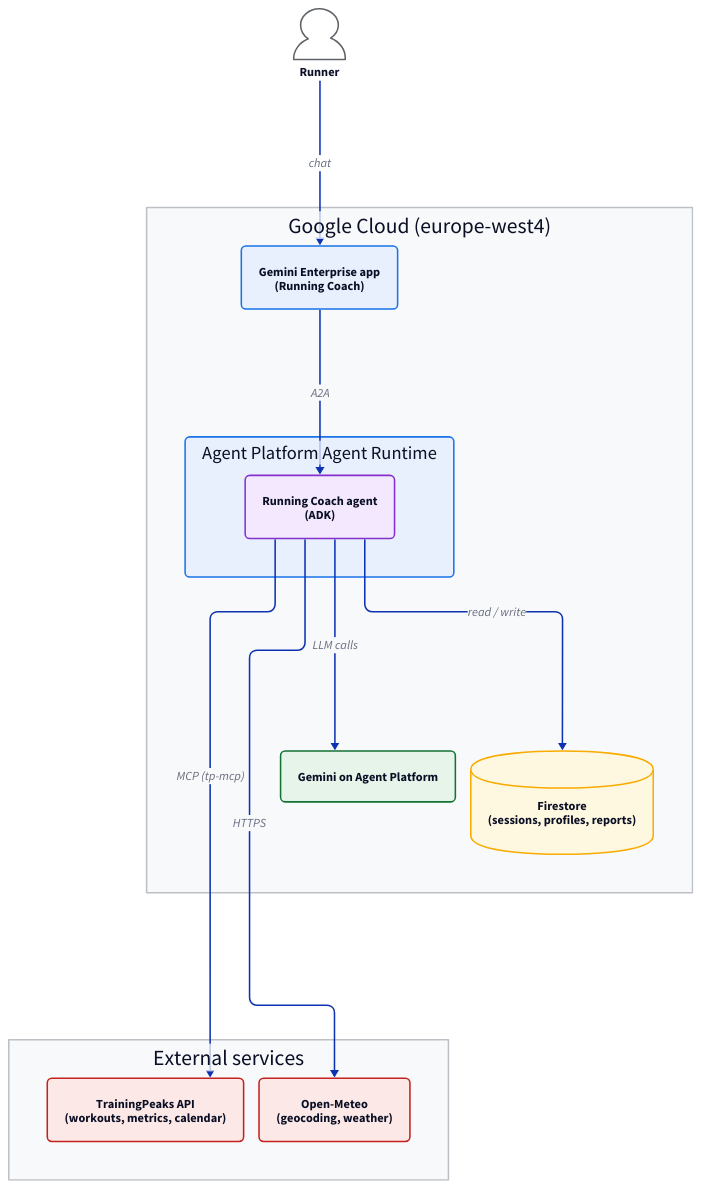
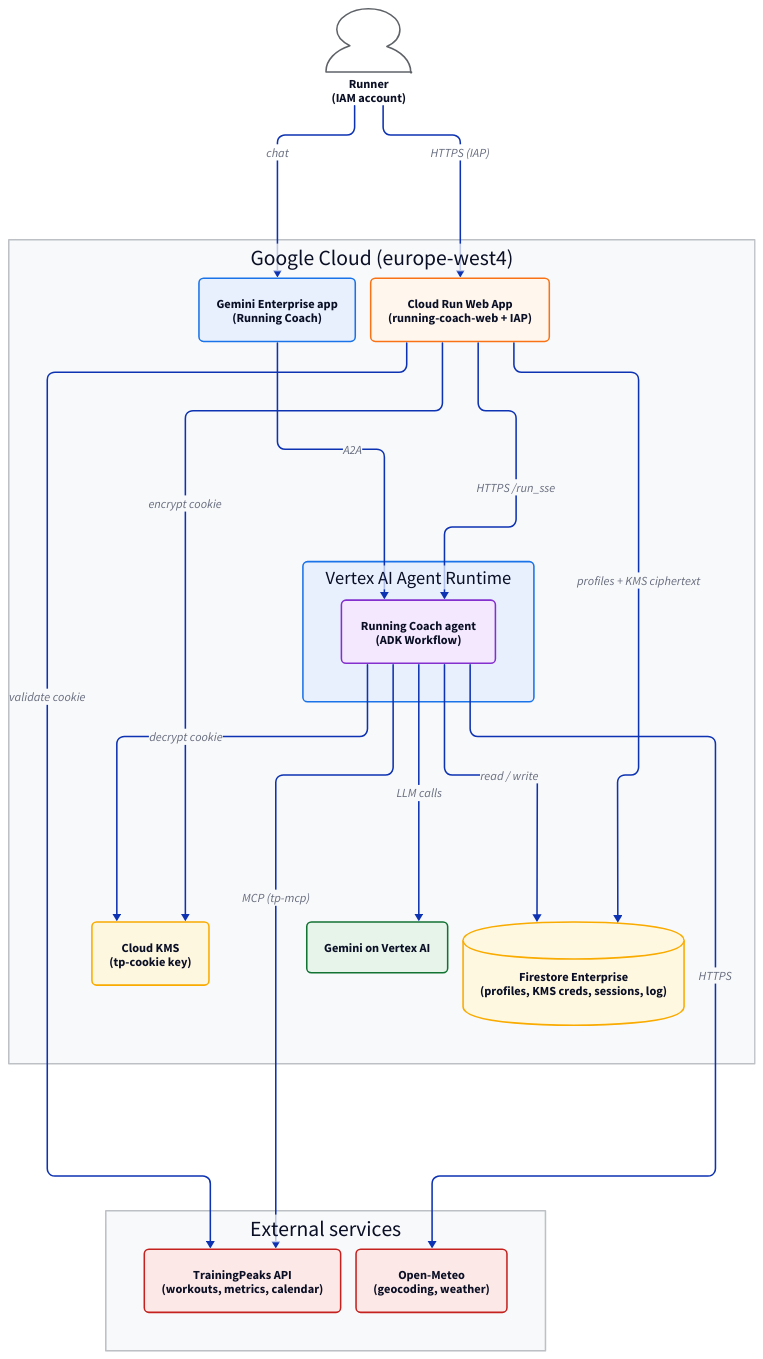
Before and after one commit to cy-visser/runningagent: the diagram in docs/diagrams/01_system_context.d2, drawn with D2. The commit also changed 116 other files, not shown here.

Commit message:
Added web app

```diff
--- a/docs/diagrams/01_system_context.d2
+++ b/docs/diagrams/01_system_context.d2
@@ -1,47 +1,57 @@
 direction: down
 
 vars: {
   d2-config: {
     layout-engine: elk
   }
 }
 
 classes: {
   person: {shape: person; style.fill: "#ffffff"; style.stroke: "#5f6368"}
   compute: {style.fill: "#e8f0fe"; style.stroke: "#1a73e8"; style.border-radius: 6}
+  web: {style.fill: "#fff7ed"; style.stroke: "#f97316"; style.border-radius: 6}
   ai: {style.fill: "#e6f4ea"; style.stroke: "#137333"; style.border-radius: 6}
+  sec: {style.fill: "#fef7e0"; style.stroke: "#f9ab00"; style.border-radius: 6}
   data: {shape: cylinder; style.fill: "#fff8e1"; style.stroke: "#f9ab00"}
   core: {style.fill: "#f3e8fd"; style.stroke: "#8430ce"; style.border-radius: 6; style.bold: true}
   ext: {style.fill: "#fce8e6"; style.stroke: "#c5221f"; style.border-radius: 6}
 }
 
-runner: "Runner" {class: person}
+runner: "Runner\n(IAM account)" {class: person}
 
 gcp: "Google Cloud (europe-west4)" {
   style.fill: "#f8f9fa"
   style.stroke: "#bdc1c6"
 
   ge: "Gemini Enterprise app\n(Running Coach)" {class: compute}
-  runtime: "Agent Platform Agent Runtime" {
+  webapp: "Cloud Run Web App\n(running-coach-web + IAP)" {class: web}
+  runtime: "Vertex AI Agent Runtime" {
     class: compute
-    core: "Running Coach agent\n(ADK)" {class: core}
+    core: "Running Coach agent\n(ADK Workflow)" {class: core}
   }
-  gemini: "Gemini on Agent Platform" {class: ai}
-  firestore: "Firestore\n(sessions, profiles, reports)" {class: data}
+  kms: "Cloud KMS\n(tp-cookie key)" {class: sec}
+  gemini: "Gemini on Vertex AI" {class: ai}
+  firestore: "Firestore Enterprise\n(profiles, KMS creds, sessions, log)" {class: data}
 
   ge -> runtime.core: "A2A"
+  webapp -> runtime.core: "HTTPS /run_sse"
+  webapp -> firestore: "profiles + KMS ciphertext"
+  webapp -> kms: "encrypt cookie"
+  runtime.core -> kms: "decrypt cookie"
   runtime.core -> gemini: "LLM calls"
   runtime.core -> firestore: "read / write"
 }
 
 external: "External services" {
   style.fill: "#f8f9fa"
   style.stroke: "#bdc1c6"
 
   tp: "TrainingPeaks API\n(workouts, metrics, calendar)" {class: ext}
   meteo: "Open-Meteo\n(geocoding, weather)" {class: ext}
 }
 
 runner -> gcp.ge: "chat"
+runner -> gcp.webapp: "HTTPS (IAP)"
+gcp.webapp -> external.tp: "validate cookie"
 gcp.runtime.core -> external.tp: "MCP (tp-mcp)"
 gcp.runtime.core -> external.meteo: "HTTPS"
```
